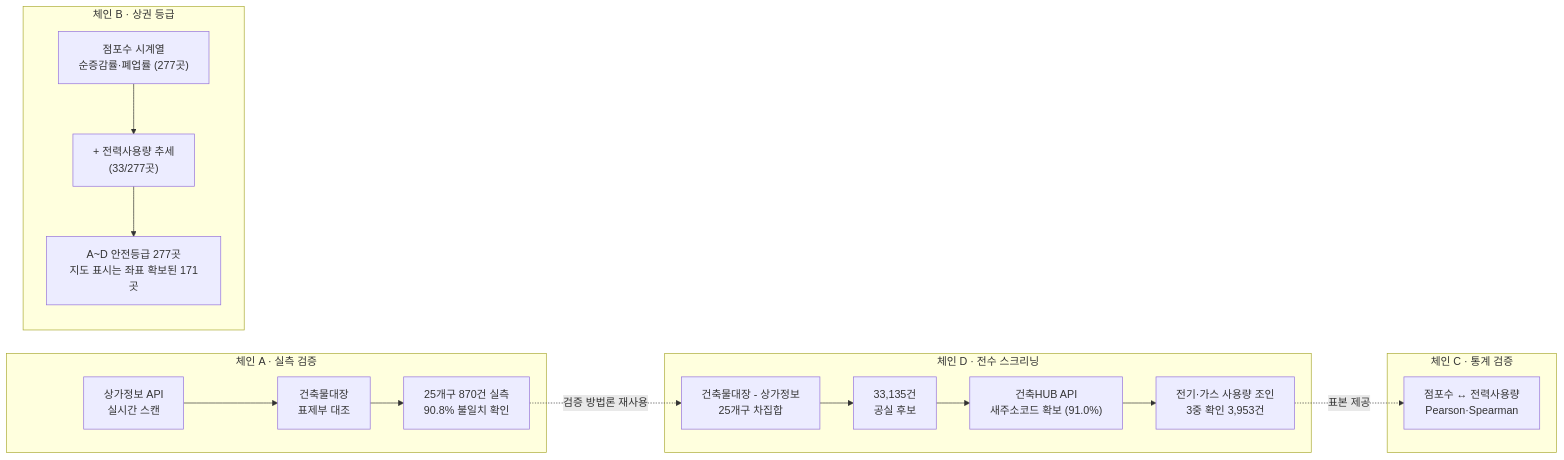
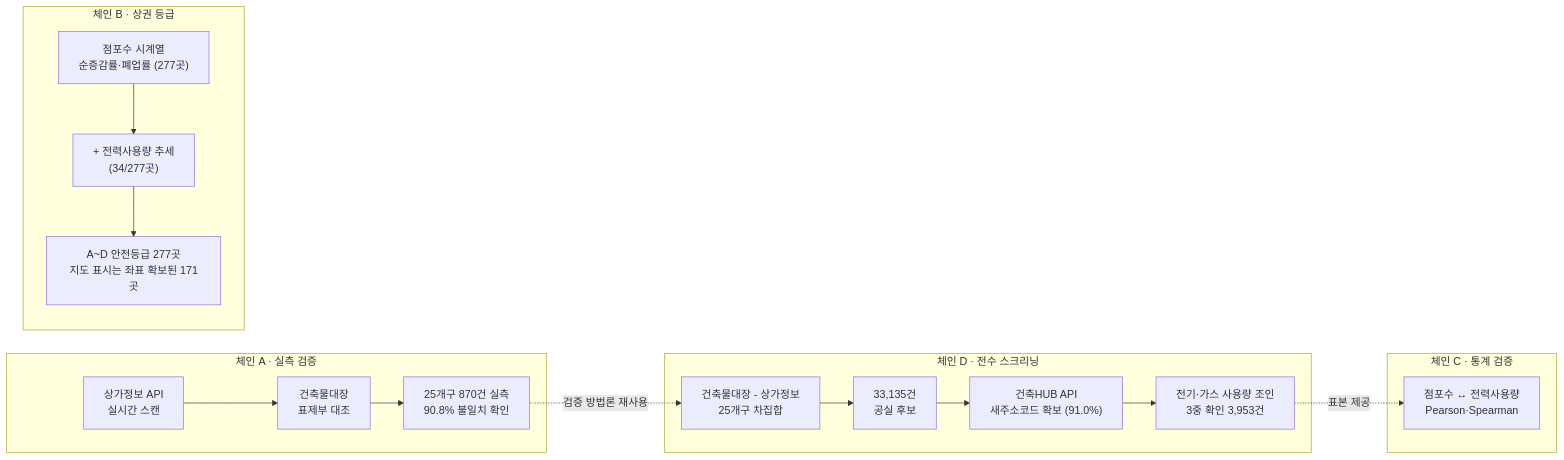
The diagram in README.md (0se0/vacancy-safety-diagnosis), drawn with Mermaid before and after one commit. The commit also changed other lines of this file and 8 other files, not shown here.

````diff
--- a/README.md
+++ b/README.md
@@ -60,21 +60,21 @@
 ```mermaid
 flowchart LR
     subgraph A["체인 A · 실측 검증"]
         A1[상가정보 API<br/>실시간 스캔] --> A2[건축물대장<br/>표제부 대조]
         A2 --> A3["25개구 870건 실측<br/>90.8% 불일치 확인"]
     end
     subgraph D["체인 D · 전수 스크리닝"]
         D1["건축물대장 - 상가정보<br/>25개구 차집합"] --> D2["33,135건<br/>공실 후보"]
         D2 --> D3["건축HUB API<br/>새주소코드 확보 (91.0%)"]
         D3 --> D4["전기·가스 사용량 조인<br/>3중 확인 3,953건"]
     end
     subgraph B["체인 B · 상권 등급"]
-        B1["점포수 시계열<br/>순증감률·폐업률 (277곳)"] --> B2["+ 전력사용량 추세<br/>(33/277곳)"]
+        B1["점포수 시계열<br/>순증감률·폐업률 (277곳)"] --> B2["+ 전력사용량 추세<br/>(34/277곳)"]
         B2 --> B3["A~D 안전등급 277곳<br/>지도 표시는 좌표 확보된 171곳"]
     end
     subgraph C["체인 C · 통계 검증"]
         C1["점포수 ↔ 전력사용량<br/>Pearson·Spearman"]
     end
     A3 -.검증 방법론 재사용.-> D1
     D4 -.표본 제공.-> C1
 ```
````
